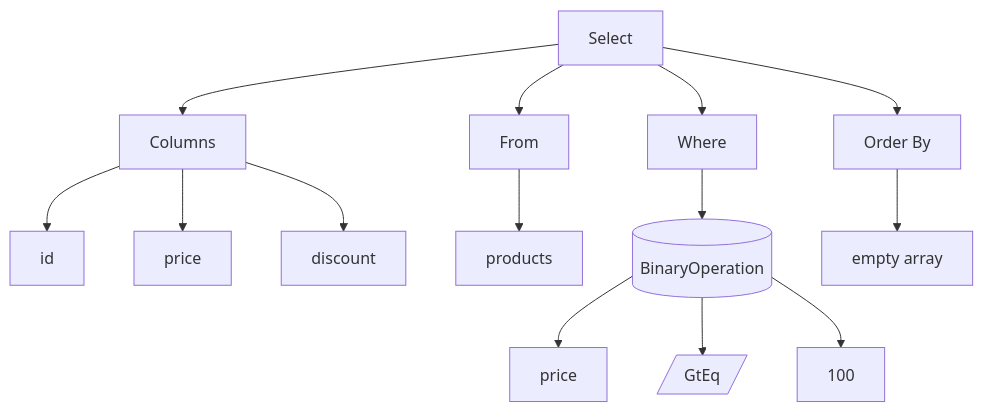
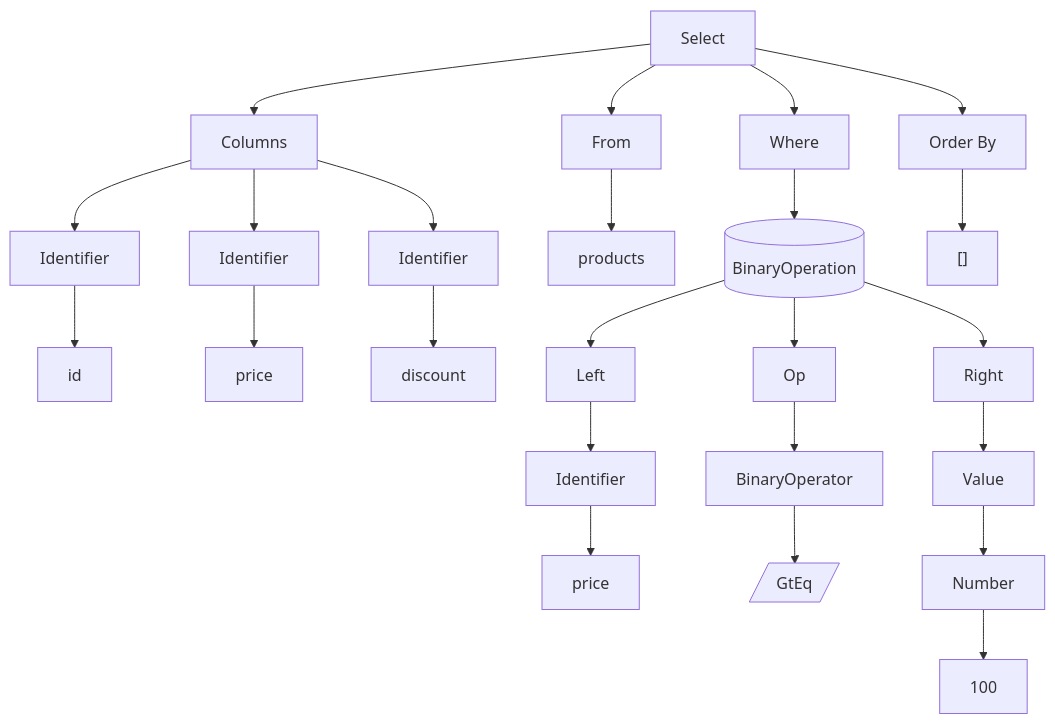
The third of 16 diagrams in engineer/cs/simple-csv-query-tool/timelines/week_2/testcase.md (TickLabVN/challenges), drawn with Mermaid before and after one commit. The commit also changed other lines of this file, not shown here.

````diff
--- a/engineer/cs/simple-csv-query-tool/timelines/week_2/testcase.md
+++ b/engineer/cs/simple-csv-query-tool/timelines/week_2/testcase.md
@@ -90,21 +90,21 @@
 ```mermaid
 flowchart TD
     S[Select]
     S --> C[Columns]
     S --> F[From]
     S --> W[Where]
     S --> O[Order By]
 
-    C --> ID[id]
-    C --> PRICE[price]
-    C --> DISCOUNT[discount]
+    C --> IDENTIFIER1[Identifier] --> ID[id]
+    C --> IDENTIFIER2[Identifier] --> PRICE[price]
+    C --> IDENTIFIER3[Identifier] --> DISCOUNT[discount]
     
     F --> PRODUCTS[products]
 
     W --> EXPR1[(BinaryOperation)]
-    EXPR1 --> LEFT[price]
-    EXPR1 --> OP[/GtEq/]
-    EXPR1 --> RIGHT[100]
+    EXPR1 --> LEFT[Left] --> IDENTIFIER4[Identifier] --> VALUE1[price]
+    EXPR1 --> OP[Op] --> OPERATOR[BinaryOperator] --> VALUE2[/GtEq/]
+    EXPR1 --> RIGHT[Right] --> VALUE3[Value] --> NUMBER[Number] --> VALUE_NUMBER[100]
 
-    O --> EMPTY[empty array]
+    O --> EMPTY["[]"]
 ```
````
